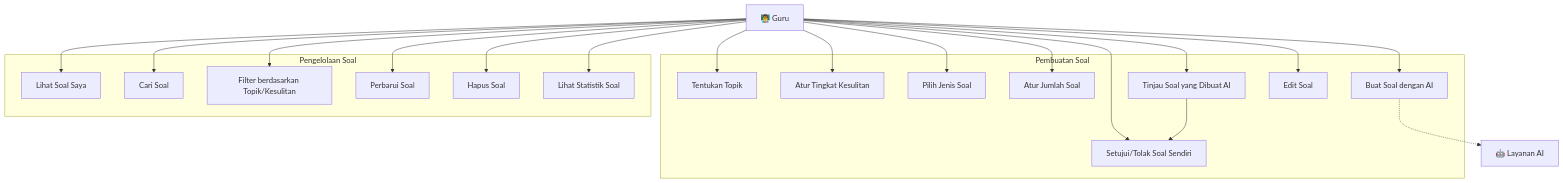
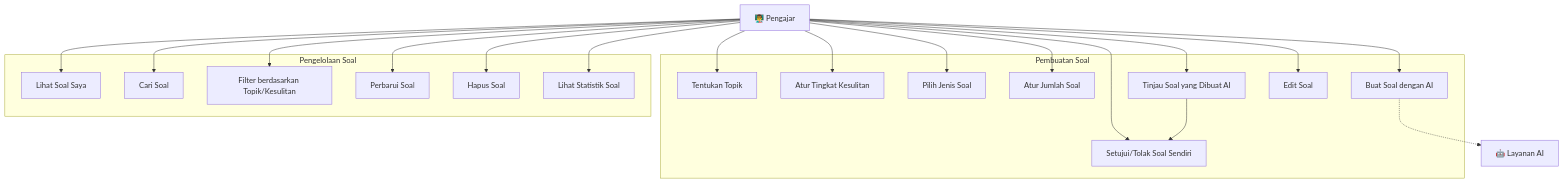
One commit to jonito2005/exam-expert-ai-docs changed the third of 4 diagrams in use-case-diagrams.md. Above: the diagram before and after it, drawn with Mermaid. The commit also changed other lines of this file and 4 other files, not shown here.

````diff
--- a/use-case-diagrams.md
+++ b/use-case-diagrams.md
@@ -186,47 +186,47 @@
 ```mermaid
 graph TD
     %% Aktor
-    Teacher[👨‍🏫 Guru]
+    Teacher[👨‍🏫 Pengajar]
     AI[🤖 Layanan AI]
 
     %% Pembuatan Soal
     subgraph "Pembuatan Soal"
         QG1[Tentukan Topik]
         QG2[Atur Tingkat Kesulitan]
         QG3[Pilih Jenis Soal]
         QG4[Atur Jumlah Soal]
         QG5[Buat Soal dengan AI]
         QG6[Tinjau Soal yang Dibuat AI]
         QG7[Edit Soal]
         QG8[Setujui/Tolak Soal Sendiri]
     end
 
     %% Pengelolaan Soal
     subgraph "Pengelolaan Soal"
         QM1[Lihat Soal Saya]
         QM2[Cari Soal]
         QM3[Filter berdasarkan Topik/Kesulitan]
         QM4[Perbarui Soal]
         QM5[Hapus Soal]
         QM6[Lihat Statistik Soal]
     end
 
     %% Hubungan
     Teacher --> QG1
     Teacher --> QG2
     Teacher --> QG3
     Teacher --> QG4
     Teacher --> QG5
     Teacher --> QG6
     Teacher --> QG7
     Teacher --> QG8
     Teacher --> QM1
     Teacher --> QM2
     Teacher --> QM3
     Teacher --> QM4
     Teacher --> QM5
     Teacher --> QM6
 
     QG5 -.-> AI
     QG6 --> QG8
 ```
````
